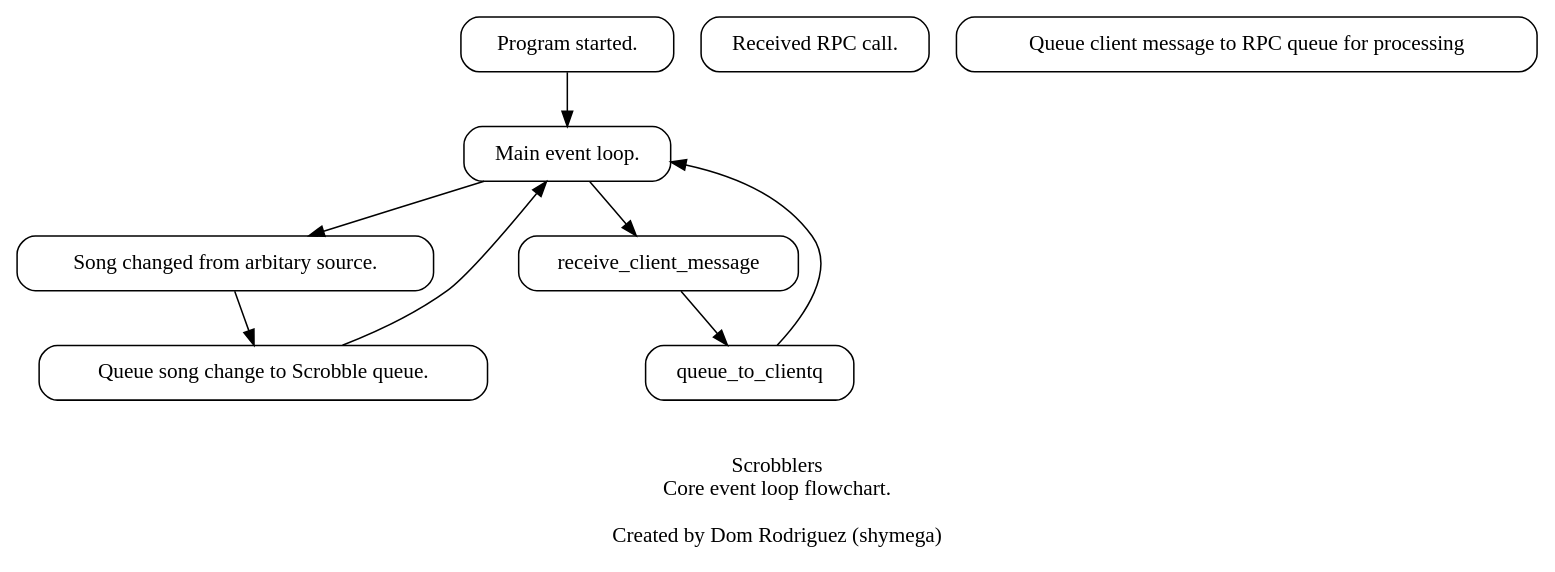
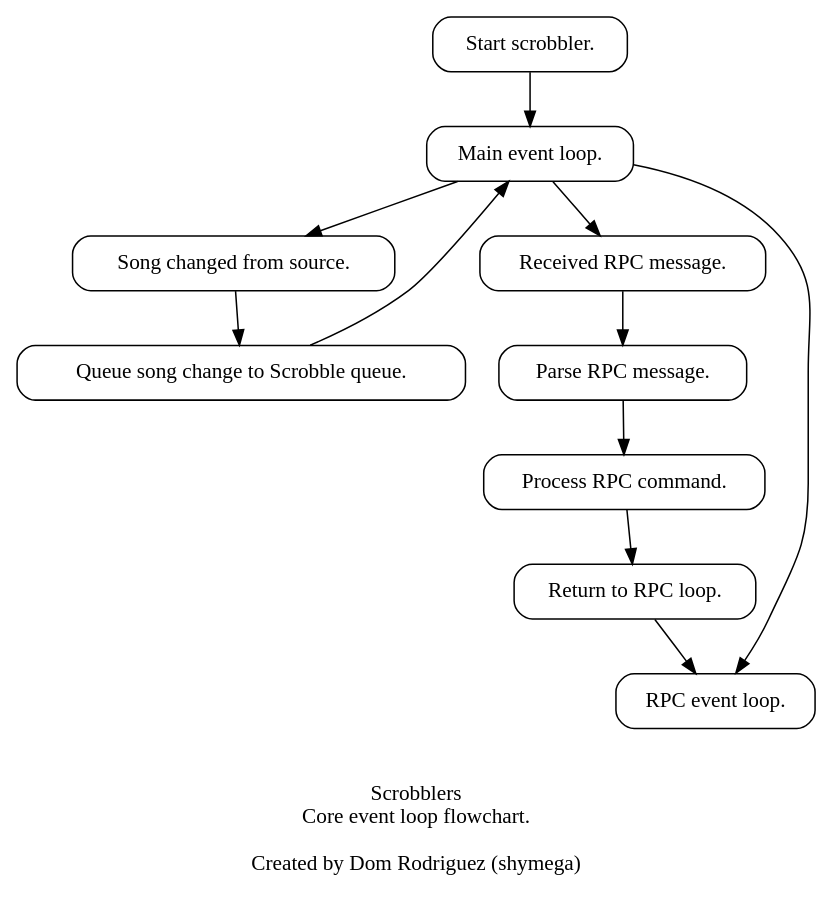
The diagram in docs/diagrams/main_event_loop/main_event_loop.dot (shymega/scrob), drawn with Graphviz before and after one commit. The commit also changed 2 other files, not shown here.

Commit message:
Update diagrams (evt loop)

```diff
--- a/docs/diagrams/main_event_loop/main_event_loop.dot
+++ b/docs/diagrams/main_event_loop/main_event_loop.dot
@@ -1,29 +1,35 @@
 digraph scrobblers {
     label = "\n\nScrobblers\nCore event loop flowchart.\n\nCreated by Dom Rodriguez (shymega)\n";
 
     rankdir = T;
     ranksep = 0.50;
     splines = true;
 
     node [
         shape = box
         style = rounded
     ];
 
-    app_start [label = "Program started."]
-    evt0_loop_start [label = "Main event loop."];
+    app_start [label = "Start scrobbler."];
+    main_evt_loop_start [label = "Main event loop."];
     
-    song_changed [label="Song changed from arbitary source."];
+    song_changed [label="Song changed from source."];
+    queue_to_scrobbleq [label="Queue song change to Scrobble queue."];
 
-    queue_to_scrobbleq [label="Queue song change to Scrobble queue."];
-    receive_rpc [label="Received RPC call."];
-    queue_to_rpcq [label="Queue client message to RPC queue for processing"];
+    rpcq_receive [label="Received RPC message."];
 
-    app_start -> evt0_loop_start;
+    rpcq_parse [label="Parse RPC message."];
+    rpcq_command [label="Process RPC command."];
+    rpcq_ret_loop [label="Return to RPC loop."];
+    rpcq_loop [label="RPC event loop."];
 
-    evt0_loop_start -> song_changed -> queue_to_scrobbleq;
-    evt0_loop_start -> receive_client_message -> queue_to_clientq;
+    app_start -> main_evt_loop_start;
+    main_evt_loop_start -> rpcq_loop;
 
-    queue_to_scrobbleq -> evt0_loop_start;
-    queue_to_clientq -> evt0_loop_start;
+    main_evt_loop_start -> rpcq_receive -> rpcq_parse;
+    rpcq_parse -> rpcq_command -> rpcq_ret_loop -> rpcq_loop;
+
+    main_evt_loop_start -> song_changed -> queue_to_scrobbleq;
+
+    queue_to_scrobbleq -> main_evt_loop_start;
 }
```
